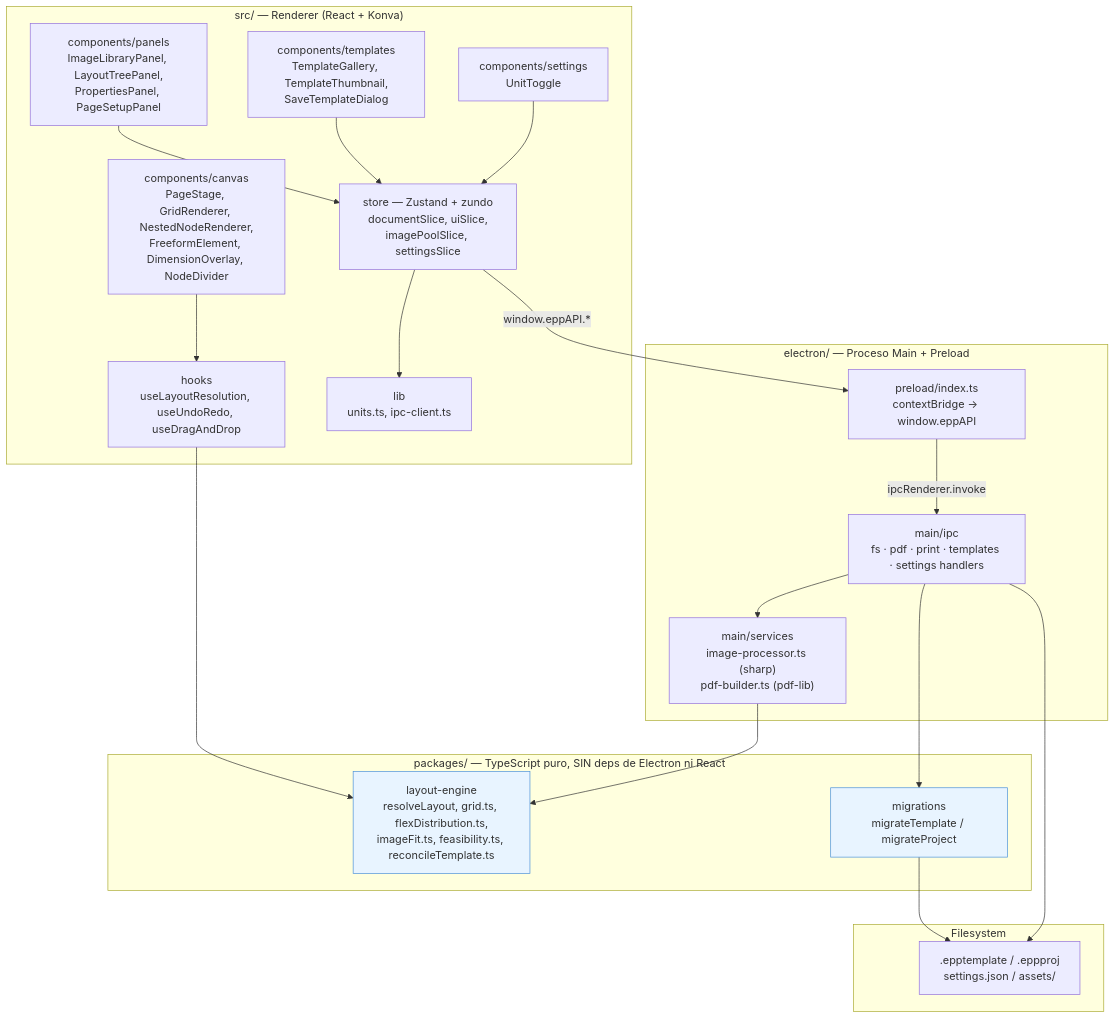
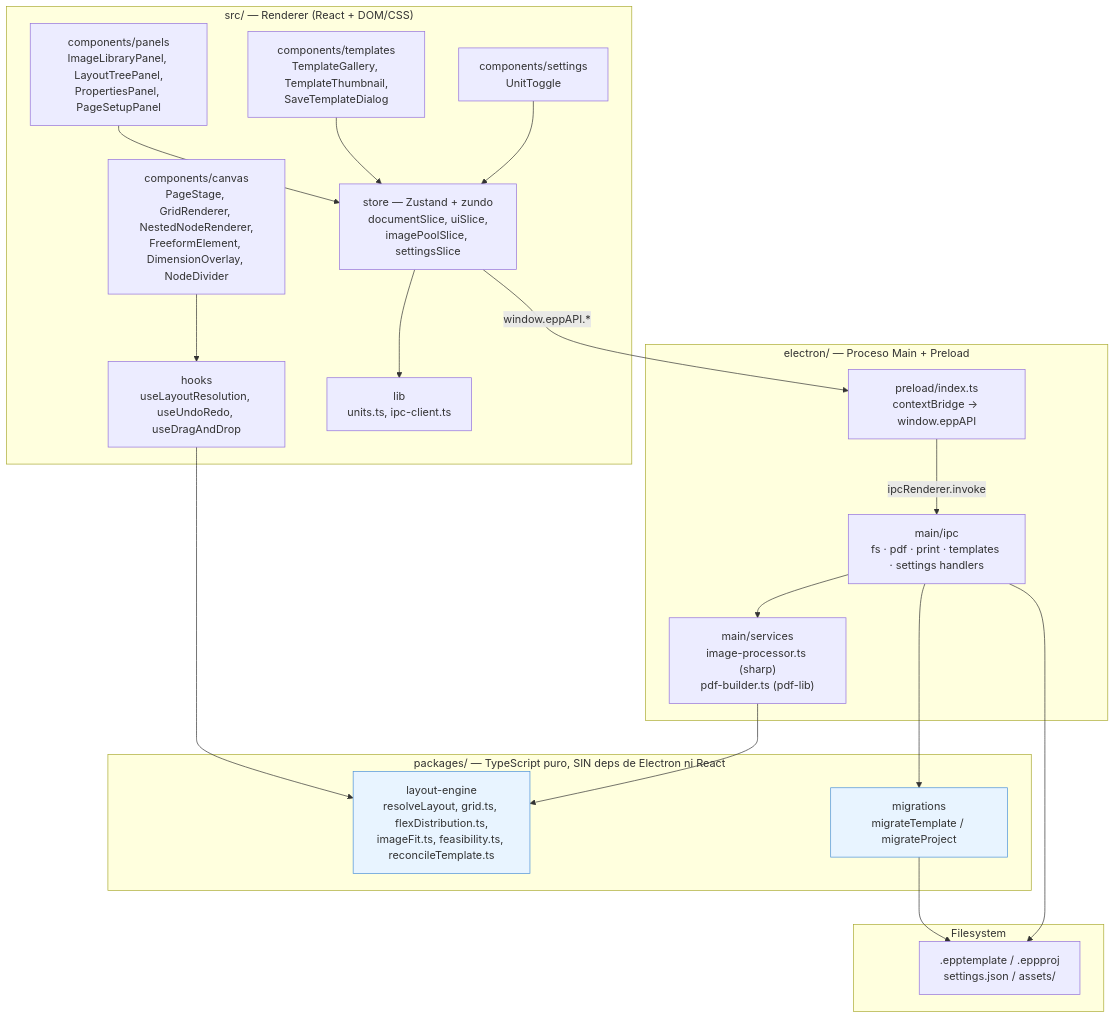
Before and after one commit to exe4que/EasyPhotoPrint: the seventh of 7 diagrams in OPENSPEC.md, drawn with Mermaid. The commit also changed other lines of this file and 9 other files, not shown here.

````diff
--- a/OPENSPEC.md
+++ b/OPENSPEC.md
@@ -1158,63 +1160,63 @@
 ```mermaid
 graph TB
-    subgraph UI["src/ — Renderer (React + Konva)"]
+    subgraph UI["src/ — Renderer (React + DOM/CSS)"]
         COMP_CANVAS["components/canvas
 PageStage, GridRenderer, NestedNodeRenderer,
 FreeformElement, DimensionOverlay, NodeDivider"]
         COMP_PANELS["components/panels
 ImageLibraryPanel, LayoutTreePanel,
 PropertiesPanel, PageSetupPanel"]
         COMP_TEMPLATES["components/templates
 TemplateGallery, TemplateThumbnail,
 SaveTemplateDialog"]
         COMP_SETTINGS["components/settings
 UnitToggle"]
         HOOKS["hooks
 useLayoutResolution, useUndoRedo, useDragAndDrop"]
         STORE["store — Zustand + zundo
 documentSlice, uiSlice,
 imagePoolSlice, settingsSlice"]
         LIB["lib
 units.ts, ipc-client.ts"]
     end
 
     subgraph SHARED["packages/ — TypeScript puro, SIN deps de Electron ni React"]
         LAYOUT_ENGINE["layout-engine
 resolveLayout, grid.ts, flexDistribution.ts,
 imageFit.ts, feasibility.ts, reconcileTemplate.ts"]
         MIGRATIONS["migrations
 migrateTemplate / migrateProject"]
     end
 
     subgraph ELECTRON["electron/ — Proceso Main + Preload"]
         PRELOAD["preload/index.ts
 contextBridge → window.eppAPI"]
         IPC["main/ipc
 fs · pdf · print · templates · settings handlers"]
         SERVICES["main/services
 image-processor.ts (sharp)
 pdf-builder.ts (pdf-lib)"]
     end
 
     subgraph DISK["Filesystem"]
         FILES[".epptemplate / .eppproj
 settings.json / assets/"]
     end
 
     COMP_CANVAS --> HOOKS
     COMP_PANELS --> STORE
     COMP_TEMPLATES --> STORE
     COMP_SETTINGS --> STORE
     HOOKS --> LAYOUT_ENGINE
     STORE --> LIB
     STORE -- "window.eppAPI.*" --> PRELOAD
     PRELOAD -- "ipcRenderer.invoke" --> IPC
     IPC --> SERVICES
     IPC --> MIGRATIONS
     SERVICES --> LAYOUT_ENGINE
     MIGRATIONS --> FILES
     IPC --> FILES
 
     style LAYOUT_ENGINE fill:#e8f4ff,stroke:#4a90d9
     style MIGRATIONS fill:#e8f4ff,stroke:#4a90d9
 ```
````
